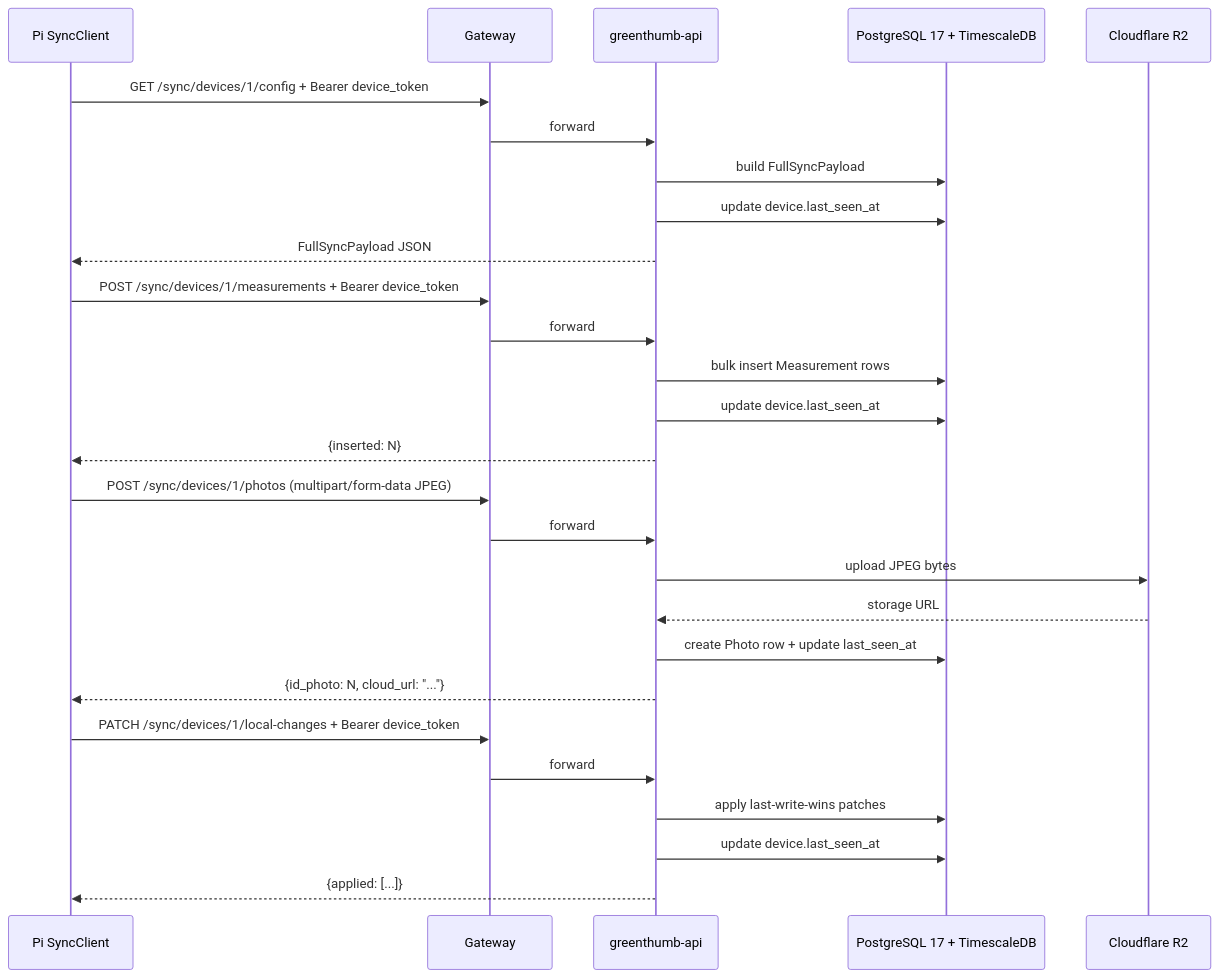
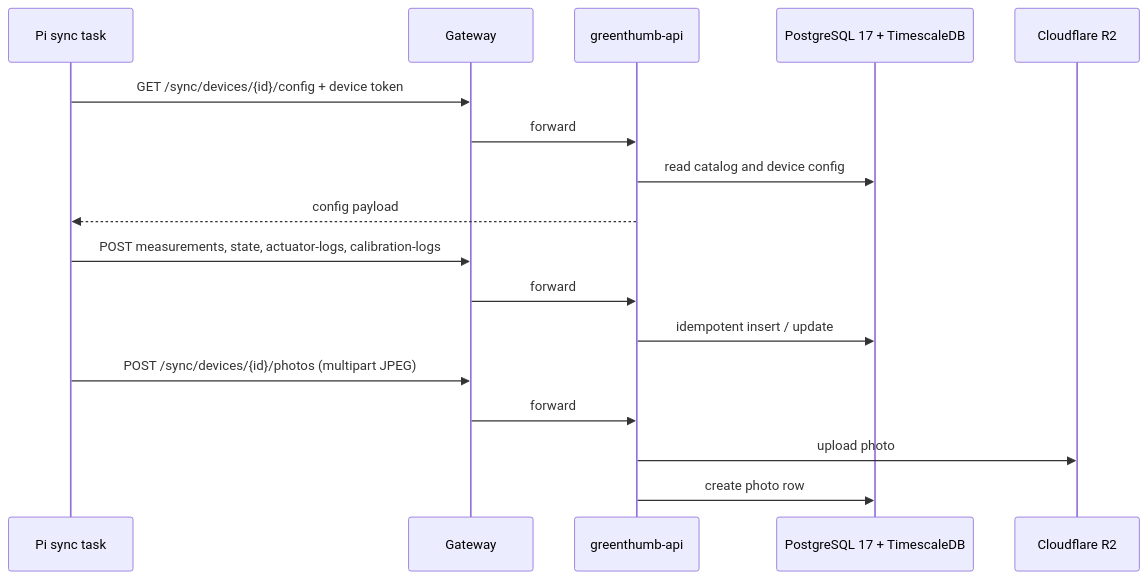
One commit to GreenThumbProject/docs changed the diagram in docs/components/cloud.md. Above: the diagram before and after it, drawn with Mermaid. The commit also changed other lines of this file and 36 other files, not shown here.

````diff
--- a/docs/components/cloud.md
+++ b/docs/components/cloud.md
@@ -108,33 +106,22 @@
 ```mermaid
 sequenceDiagram
-    participant Pi as Pi SyncClient
+    participant Pi as Pi sync task
     participant GW as Gateway
     participant API as greenthumb-api
     participant DB as PostgreSQL 17 + TimescaleDB
-    participant SUPA as Cloudflare R2
+    participant R2 as Cloudflare R2
 
-    Pi->>GW: GET /sync/devices/1/config + Bearer device_token
+    Pi->>GW: GET /sync/devices/{id}/config + device token
     GW->>API: forward
-    API->>DB: build FullSyncPayload
-    API->>DB: update device.last_seen_at
-    API-->>Pi: FullSyncPayload JSON
+    API->>DB: read catalog and device config
+    API-->>Pi: config payload
 
-    Pi->>GW: POST /sync/devices/1/measurements + Bearer device_token
+    Pi->>GW: POST measurements, state, actuator-logs, calibration-logs
     GW->>API: forward
-    API->>DB: bulk insert Measurement rows
-    API->>DB: update device.last_seen_at
-    API-->>Pi: {inserted: N}
+    API->>DB: idempotent insert / update
 
-    Pi->>GW: POST /sync/devices/1/photos (multipart/form-data JPEG)
+    Pi->>GW: POST /sync/devices/{id}/photos (multipart JPEG)
     GW->>API: forward
-    API->>SUPA: upload JPEG bytes
-    SUPA-->>API: storage URL
-    API->>DB: create Photo row + update last_seen_at
-    API-->>Pi: {id_photo: N, cloud_url: "..."}
-
-    Pi->>GW: PATCH /sync/devices/1/local-changes + Bearer device_token
-    GW->>API: forward
-    API->>DB: apply last-write-wins patches
-    API->>DB: update device.last_seen_at
-    API-->>Pi: {applied: [...]}
+    API->>R2: upload photo
+    API->>DB: create photo row
 ```
````
